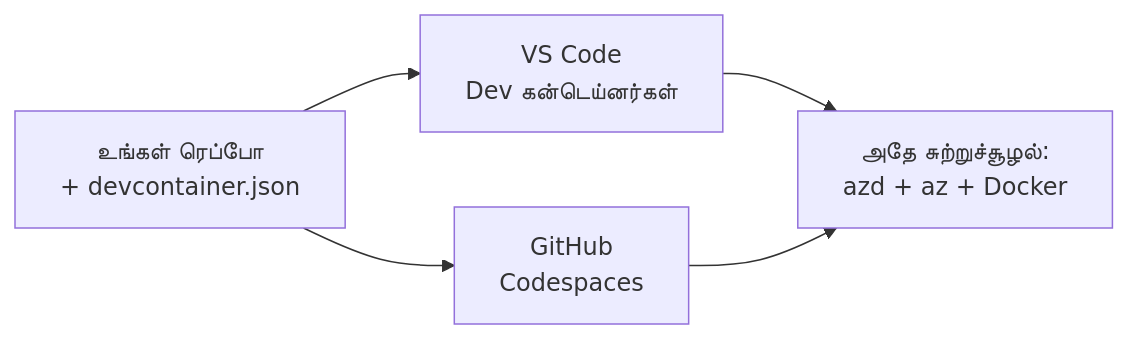
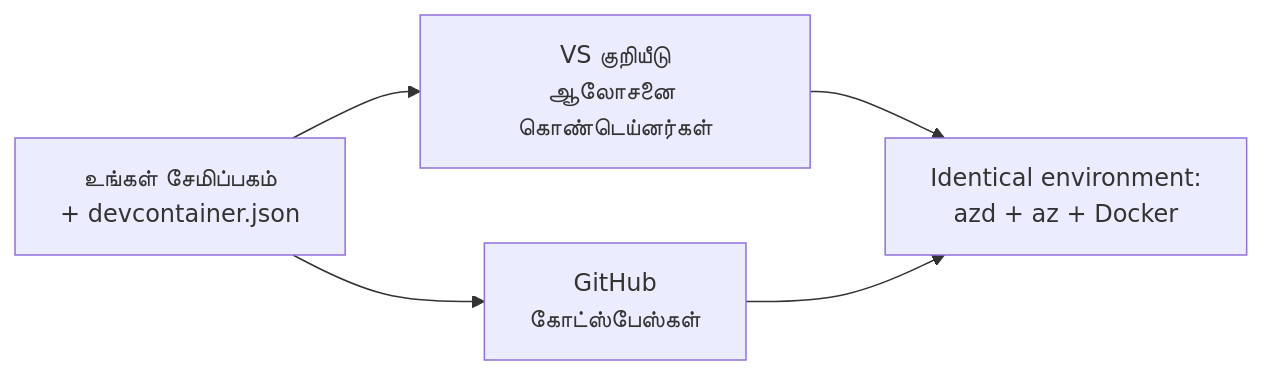
The diagram in translations/ta/docs/chapter-01-foundation/dev-containers.md (microsoft/AZD-for-beginners), drawn with Mermaid before and after one commit. The commit also changed other lines of this file and 61 other files, not shown here.

````diff
--- a/translations/ta/docs/chapter-01-foundation/dev-containers.md
+++ b/translations/ta/docs/chapter-01-foundation/dev-containers.md
@@ -41,7 +41,7 @@
 ```mermaid
 graph LR
-    Repo[உங்கள் ரெப்போ<br/>+ devcontainer.json] --> VSCode[VS Code<br/>Dev கன்டெய்னர்கள்]
-    Repo --> Codespaces[GitHub<br/>Codespaces]
-    VSCode --> Env[அதே சுற்றுச்சூழல்:<br/>azd + az + Docker]
+    Repo[உங்கள் சேமிப்பகம்<br/>+ devcontainer.json] --> VSCode[VS குறியீடு<br/>ஆலோசனை கொண்டெய்னர்கள்]
+    Repo --> Codespaces[GitHub<br/>கோட்ஸ்பேஸ்கள்]
+    VSCode --> Env[Identical environment:<br/>azd + az + Docker]
     Codespaces --> Env
 ```
````
